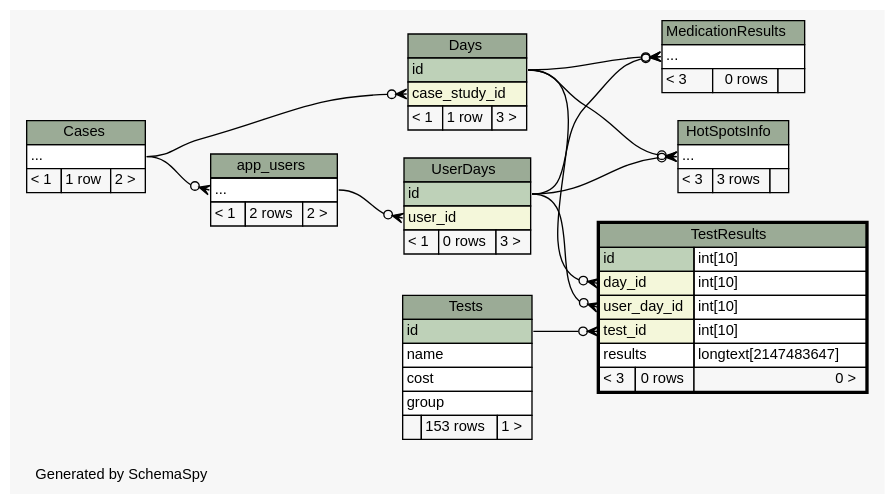
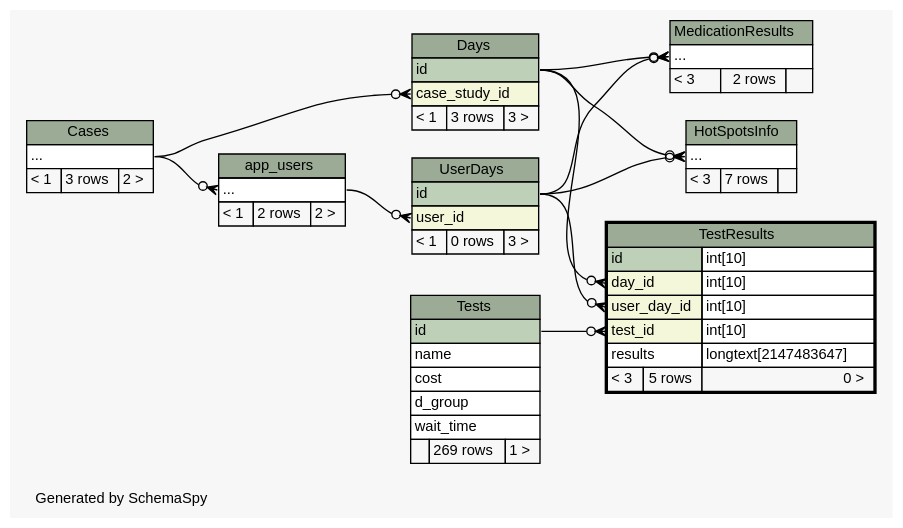
One commit to carrel2/CaseStudies changed the diagram in web/files/schema/diagrams/TestResults.2degrees.dot. Above: the diagram before and after it, drawn with Graphviz. The commit also changed 206 other files, not shown here.

```diff
--- a/web/files/schema/diagrams/TestResults.2degrees.dot
+++ b/web/files/schema/diagrams/TestResults.2degrees.dot
@@ -1,121 +1,122 @@
-// dot 2.38.0 on Linux 4.4.0-72-generic
+// dot 2.38.0 on Linux 4.4.0-77-generic
 // SchemaSpy rev 590
 digraph "twoDegreesRelationshipsDiagram" {
   graph [
     rankdir="RL"
     bgcolor="#f7f7f7"
     label="\nGenerated by SchemaSpy"
     labeljust="l"
     nodesep="0.18"
     ranksep="0.46"
     fontname="Helvetica"
     fontsize="11"
   ];
   node [
     fontname="Helvetica"
     fontsize="11"
     shape="plaintext"
   ];
   edge [
     arrowsize="0.8"
   ];
   "app_users":"elipses":w -> "Cases":"elipses":e [arrowhead=none dir=back arrowtail=crowodot];
   "Days":"case_study_id":w -> "Cases":"elipses":e [arrowhead=none dir=back arrowtail=crowodot];
   "HotSpotsInfo":"elipses":w -> "Days":"id":e [arrowhead=none dir=back arrowtail=crowodot];
   "HotSpotsInfo":"elipses":w -> "UserDays":"id":e [arrowhead=none dir=back arrowtail=crowodot];
   "MedicationResults":"elipses":w -> "Days":"id":e [arrowhead=none dir=back arrowtail=crowodot];
   "MedicationResults":"elipses":w -> "UserDays":"id":e [arrowhead=none dir=back arrowtail=crowodot];
   "TestResults":"day_id":w -> "Days":"id":e [arrowhead=none dir=back arrowtail=crowodot];
   "TestResults":"test_id":w -> "Tests":"id":e [arrowhead=none dir=back arrowtail=crowodot];
   "TestResults":"user_day_id":w -> "UserDays":"id":e [arrowhead=none dir=back arrowtail=crowodot];
   "UserDays":"user_id":w -> "app_users":"elipses":e [arrowhead=none dir=back arrowtail=crowodot];
   "app_users" [
     label=<
     <TABLE BORDER="0" CELLBORDER="1" CELLSPACING="0" BGCOLOR="#ffffff">
       <TR><TD COLSPAN="3" BGCOLOR="#9bab96" ALIGN="CENTER">app_users</TD></TR>
       <TR><TD PORT="elipses" COLSPAN="3" ALIGN="LEFT">...</TD></TR>
       <TR><TD ALIGN="LEFT" BGCOLOR="#f7f7f7">&lt; 1</TD><TD ALIGN="RIGHT" BGCOLOR="#f7f7f7">2 rows</TD><TD ALIGN="RIGHT" BGCOLOR="#f7f7f7">2 &gt;</TD></TR>
     </TABLE>>
     URL="app_users.html"
     tooltip="app_users"
   ];
   "Cases" [
     label=<
     <TABLE BORDER="0" CELLBORDER="1" CELLSPACING="0" BGCOLOR="#ffffff">
       <TR><TD COLSPAN="3" BGCOLOR="#9bab96" ALIGN="CENTER">Cases</TD></TR>
       <TR><TD PORT="elipses" COLSPAN="3" ALIGN="LEFT">...</TD></TR>
-      <TR><TD ALIGN="LEFT" BGCOLOR="#f7f7f7">&lt; 1</TD><TD ALIGN="RIGHT" BGCOLOR="#f7f7f7">1 row</TD><TD ALIGN="RIGHT" BGCOLOR="#f7f7f7">2 &gt;</TD></TR>
+      <TR><TD ALIGN="LEFT" BGCOLOR="#f7f7f7">&lt; 1</TD><TD ALIGN="RIGHT" BGCOLOR="#f7f7f7">3 rows</TD><TD ALIGN="RIGHT" BGCOLOR="#f7f7f7">2 &gt;</TD></TR>
     </TABLE>>
     URL="Cases.html"
     tooltip="Cases"
   ];
   "Days" [
     label=<
     <TABLE BORDER="0" CELLBORDER="1" CELLSPACING="0" BGCOLOR="#ffffff">
       <TR><TD COLSPAN="3" BGCOLOR="#9bab96" ALIGN="CENTER">Days</TD></TR>
       <TR><TD PORT="id" COLSPAN="3" BGCOLOR="#bed1b8" ALIGN="LEFT">id</TD></TR>
       <TR><TD PORT="case_study_id" COLSPAN="3" BGCOLOR="#f4f7da" ALIGN="LEFT">case_study_id</TD></TR>
-      <TR><TD ALIGN="LEFT" BGCOLOR="#f7f7f7">&lt; 1</TD><TD ALIGN="RIGHT" BGCOLOR="#f7f7f7">1 row</TD><TD ALIGN="RIGHT" BGCOLOR="#f7f7f7">3 &gt;</TD></TR>
+      <TR><TD ALIGN="LEFT" BGCOLOR="#f7f7f7">&lt; 1</TD><TD ALIGN="RIGHT" BGCOLOR="#f7f7f7">3 rows</TD><TD ALIGN="RIGHT" BGCOLOR="#f7f7f7">3 &gt;</TD></TR>
     </TABLE>>
     URL="Days.html"
     tooltip="Days"
   ];
   "HotSpotsInfo" [
     label=<
     <TABLE BORDER="0" CELLBORDER="1" CELLSPACING="0" BGCOLOR="#ffffff">
       <TR><TD COLSPAN="3" BGCOLOR="#9bab96" ALIGN="CENTER">HotSpotsInfo</TD></TR>
       <TR><TD PORT="elipses" COLSPAN="3" ALIGN="LEFT">...</TD></TR>
-      <TR><TD ALIGN="LEFT" BGCOLOR="#f7f7f7">&lt; 3</TD><TD ALIGN="RIGHT" BGCOLOR="#f7f7f7">3 rows</TD><TD ALIGN="RIGHT" BGCOLOR="#f7f7f7">  </TD></TR>
+      <TR><TD ALIGN="LEFT" BGCOLOR="#f7f7f7">&lt; 3</TD><TD ALIGN="RIGHT" BGCOLOR="#f7f7f7">7 rows</TD><TD ALIGN="RIGHT" BGCOLOR="#f7f7f7">  </TD></TR>
     </TABLE>>
     URL="HotSpotsInfo.html"
     tooltip="HotSpotsInfo"
   ];
   "MedicationResults" [
     label=<
     <TABLE BORDER="0" CELLBORDER="1" CELLSPACING="0" BGCOLOR="#ffffff">
       <TR><TD COLSPAN="3" BGCOLOR="#9bab96" ALIGN="CENTER">MedicationResults</TD></TR>
       <TR><TD PORT="elipses" COLSPAN="3" ALIGN="LEFT">...</TD></TR>
-      <TR><TD ALIGN="LEFT" BGCOLOR="#f7f7f7">&lt; 3</TD><TD ALIGN="RIGHT" BGCOLOR="#f7f7f7">0 rows</TD><TD ALIGN="RIGHT" BGCOLOR="#f7f7f7">  </TD></TR>
+      <TR><TD ALIGN="LEFT" BGCOLOR="#f7f7f7">&lt; 3</TD><TD ALIGN="RIGHT" BGCOLOR="#f7f7f7">2 rows</TD><TD ALIGN="RIGHT" BGCOLOR="#f7f7f7">  </TD></TR>
     </TABLE>>
     URL="MedicationResults.html"
     tooltip="MedicationResults"
   ];
   "TestResults" [
     label=<
     <TABLE BORDER="2" CELLBORDER="1" CELLSPACING="0" BGCOLOR="#ffffff">
       <TR><TD COLSPAN="3" BGCOLOR="#9bab96" ALIGN="CENTER">TestResults</TD></TR>
       <TR><TD PORT="id" COLSPAN="2" BGCOLOR="#bed1b8" ALIGN="LEFT">id</TD><TD PORT="id.type" ALIGN="LEFT">int[10]</TD></TR>
       <TR><TD PORT="day_id" COLSPAN="2" BGCOLOR="#f4f7da" ALIGN="LEFT">day_id</TD><TD PORT="day_id.type" ALIGN="LEFT">int[10]</TD></TR>
       <TR><TD PORT="user_day_id" COLSPAN="2" BGCOLOR="#f4f7da" ALIGN="LEFT">user_day_id</TD><TD PORT="user_day_id.type" ALIGN="LEFT">int[10]</TD></TR>
       <TR><TD PORT="test_id" COLSPAN="2" BGCOLOR="#f4f7da" ALIGN="LEFT">test_id</TD><TD PORT="test_id.type" ALIGN="LEFT">int[10]</TD></TR>
       <TR><TD PORT="results" COLSPAN="2" ALIGN="LEFT">results</TD><TD PORT="results.type" ALIGN="LEFT">longtext[2147483647]</TD></TR>
-      <TR><TD ALIGN="LEFT" BGCOLOR="#f7f7f7">&lt; 3</TD><TD ALIGN="RIGHT" BGCOLOR="#f7f7f7">0 rows</TD><TD ALIGN="RIGHT" BGCOLOR="#f7f7f7">0 &gt;</TD></TR>
+      <TR><TD ALIGN="LEFT" BGCOLOR="#f7f7f7">&lt; 3</TD><TD ALIGN="RIGHT" BGCOLOR="#f7f7f7">5 rows</TD><TD ALIGN="RIGHT" BGCOLOR="#f7f7f7">0 &gt;</TD></TR>
     </TABLE>>
     URL="TestResults.html"
     tooltip="TestResults"
   ];
   "Tests" [
     label=<
     <TABLE BORDER="0" CELLBORDER="1" CELLSPACING="0" BGCOLOR="#ffffff">
       <TR><TD COLSPAN="3" BGCOLOR="#9bab96" ALIGN="CENTER">Tests</TD></TR>
       <TR><TD PORT="id" COLSPAN="3" BGCOLOR="#bed1b8" ALIGN="LEFT">id</TD></TR>
       <TR><TD PORT="name" COLSPAN="3" ALIGN="LEFT">name</TD></TR>
       <TR><TD PORT="cost" COLSPAN="3" ALIGN="LEFT">cost</TD></TR>
-      <TR><TD PORT="group" COLSPAN="3" ALIGN="LEFT">group</TD></TR>
-      <TR><TD ALIGN="LEFT" BGCOLOR="#f7f7f7">  </TD><TD ALIGN="RIGHT" BGCOLOR="#f7f7f7">153 rows</TD><TD ALIGN="RIGHT" BGCOLOR="#f7f7f7">1 &gt;</TD></TR>
+      <TR><TD PORT="d_group" COLSPAN="3" ALIGN="LEFT">d_group</TD></TR>
+      <TR><TD PORT="wait_time" COLSPAN="3" ALIGN="LEFT">wait_time</TD></TR>
+      <TR><TD ALIGN="LEFT" BGCOLOR="#f7f7f7">  </TD><TD ALIGN="RIGHT" BGCOLOR="#f7f7f7">269 rows</TD><TD ALIGN="RIGHT" BGCOLOR="#f7f7f7">1 &gt;</TD></TR>
     </TABLE>>
     URL="Tests.html"
     tooltip="Tests"
   ];
   "UserDays" [
     label=<
     <TABLE BORDER="0" CELLBORDER="1" CELLSPACING="0" BGCOLOR="#ffffff">
       <TR><TD COLSPAN="3" BGCOLOR="#9bab96" ALIGN="CENTER">UserDays</TD></TR>
       <TR><TD PORT="id" COLSPAN="3" BGCOLOR="#bed1b8" ALIGN="LEFT">id</TD></TR>
       <TR><TD PORT="user_id" COLSPAN="3" BGCOLOR="#f4f7da" ALIGN="LEFT">user_id</TD></TR>
       <TR><TD ALIGN="LEFT" BGCOLOR="#f7f7f7">&lt; 1</TD><TD ALIGN="RIGHT" BGCOLOR="#f7f7f7">0 rows</TD><TD ALIGN="RIGHT" BGCOLOR="#f7f7f7">3 &gt;</TD></TR>
     </TABLE>>
     URL="UserDays.html"
     tooltip="UserDays"
   ];
 }
```
